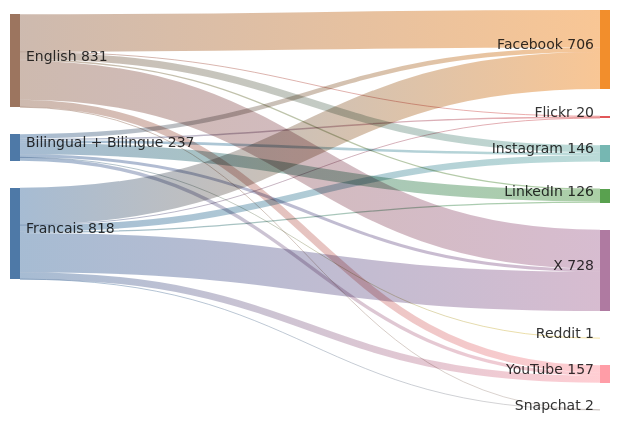
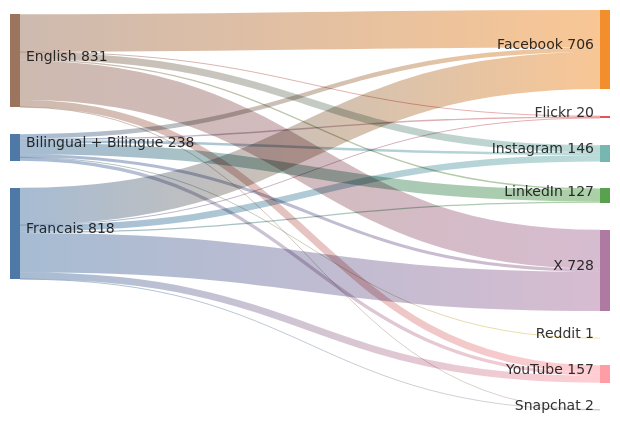
The diagram in sankey_diagram.md (PatLittle/GC-Socials), drawn with Mermaid before and after one commit.

Commit message:
Update Sankey diagram for the most recent day

````diff
--- a/sankey_diagram.md
+++ b/sankey_diagram.md
@@ -1,24 +1,24 @@
 ```mermaid
 sankey-beta
   Bilingual + Bilingue,Facebook,40
   Bilingual + Bilingue,Flickr,13
   Bilingual + Bilingue,Instagram,23
-  Bilingual + Bilingue,LinkedIn,103
+  Bilingual + Bilingue,LinkedIn,104
   Bilingual + Bilingue,Reddit,1
   Bilingual + Bilingue,X,27
   Bilingual + Bilingue,YouTube,30
   English,Facebook,335
   English,Flickr,4
   English,Instagram,64
   English,LinkedIn,12
   English,Snapchat,1
   English,X,350
   English,YouTube,65
   Francais,Facebook,331
   Francais,Flickr,3
   Francais,Instagram,59
   Francais,LinkedIn,11
   Francais,Snapchat,1
   Francais,X,351
   Francais,YouTube,62
 ```
````
